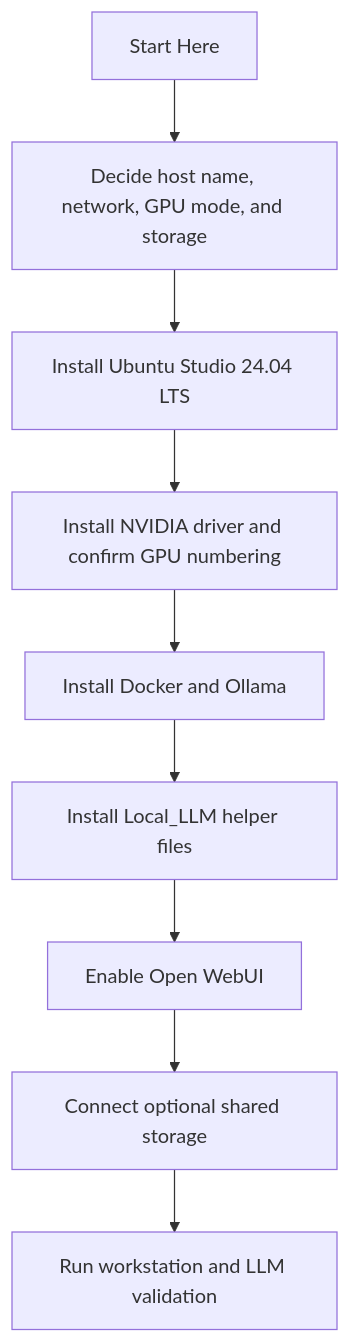
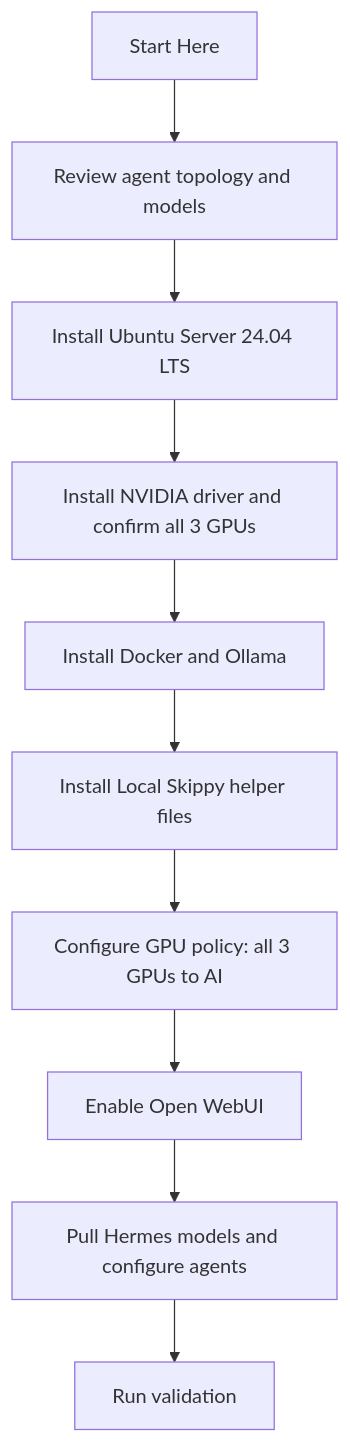
One commit to DanD-2/Local_Skippy changed the diagram in docs/start-here.md. Above: the diagram before and after it, drawn with Mermaid. The commit also changed other lines of this file and 31 other files, not shown here.

First line of the commit message:
refactor: align repo to dedicated multi-agent AI server direction

````diff
--- a/docs/start-here.md
+++ b/docs/start-here.md
@@ -20,11 +21,12 @@
 ```mermaid
 flowchart TD
-    A[Start Here] --> B[Decide host name, network, GPU mode, and storage]
-    B --> C[Install Ubuntu Studio 24.04 LTS]
-    C --> D[Install NVIDIA driver and confirm GPU numbering]
+    A[Start Here] --> B[Review agent topology and models]
+    B --> C[Install Ubuntu Server 24.04 LTS]
+    C --> D[Install NVIDIA driver and confirm all 3 GPUs]
     D --> E[Install Docker and Ollama]
-    E --> F[Install Local_LLM helper files]
-    F --> G[Enable Open WebUI]
-    G --> H[Connect optional shared storage]
-    H --> I[Run workstation and LLM validation]
+    E --> F[Install Local Skippy helper files]
+    F --> G[Configure GPU policy: all 3 GPUs to AI]
+    G --> H[Enable Open WebUI]
+    H --> I[Pull Hermes models and configure agents]
+    I --> J[Run validation]
 ```
````
